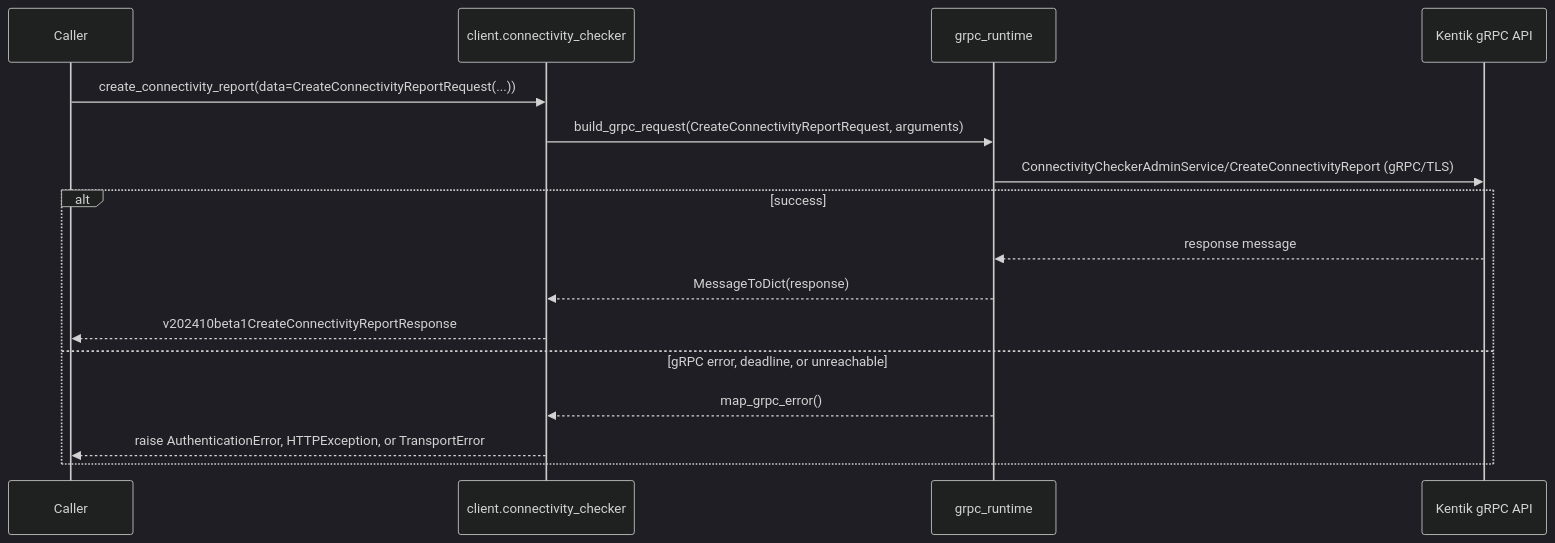
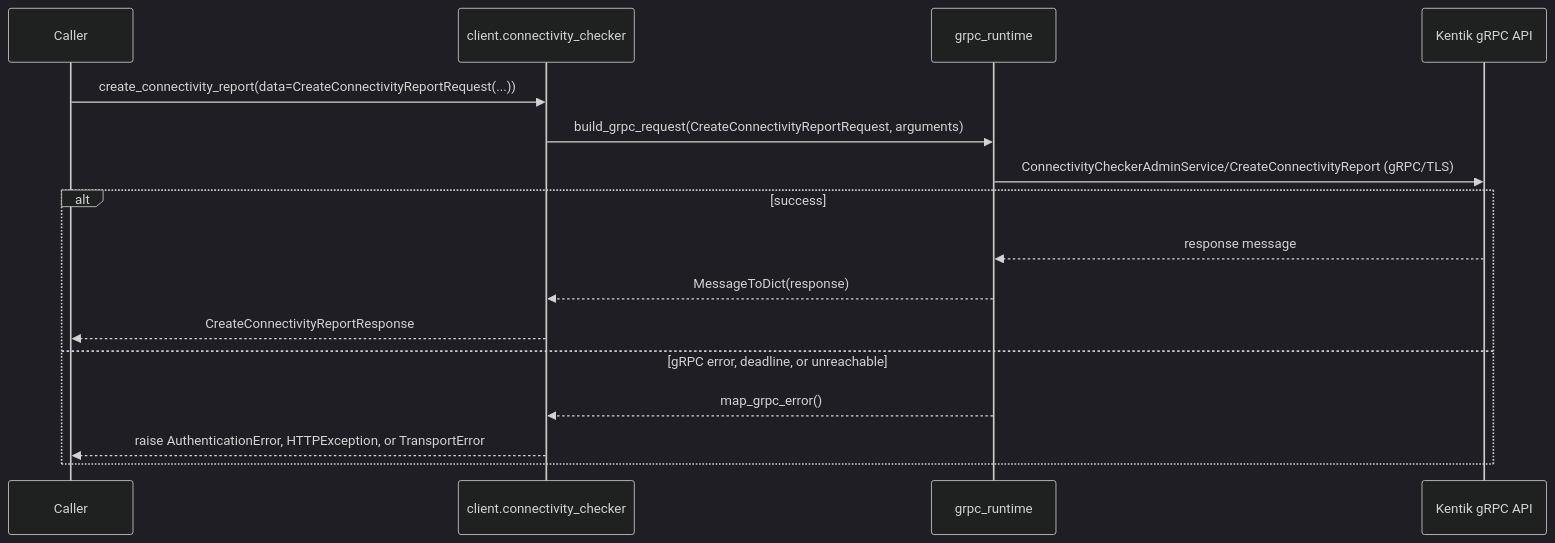
Before and after one commit to alexdearaujo/community_sdk_python: the third of 4 diagrams in docs/sphinx/services/connectivity_checker.md, drawn with Mermaid (dark theme). The commit also changed other lines of this file and 38 other files, not shown here.

````diff
--- a/docs/sphinx/services/connectivity_checker.md
+++ b/docs/sphinx/services/connectivity_checker.md
@@ -59,19 +59,19 @@
 ```mermaid
 sequenceDiagram
     participant C as Caller
     participant W as client.connectivity_checker
     participant R as grpc_runtime
     participant API as Kentik gRPC API
 
     C->>W: create_connectivity_report(data=CreateConnectivityReportRequest(...))
     W->>R: build_grpc_request(CreateConnectivityReportRequest, arguments)
     R->>API: ConnectivityCheckerAdminService/CreateConnectivityReport (gRPC/TLS)
     alt success
         API-->>R: response message
         R-->>W: MessageToDict(response)
-        W-->>C: v202410beta1CreateConnectivityReportResponse
+        W-->>C: CreateConnectivityReportResponse
     else gRPC error, deadline, or unreachable
         R-->>W: map_grpc_error()
         W-->>C: raise AuthenticationError, HTTPException, or TransportError
     end
 ```
````
